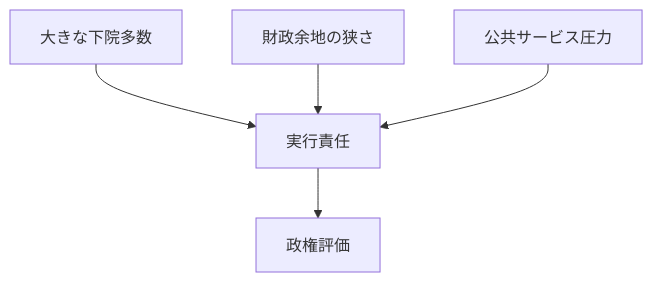
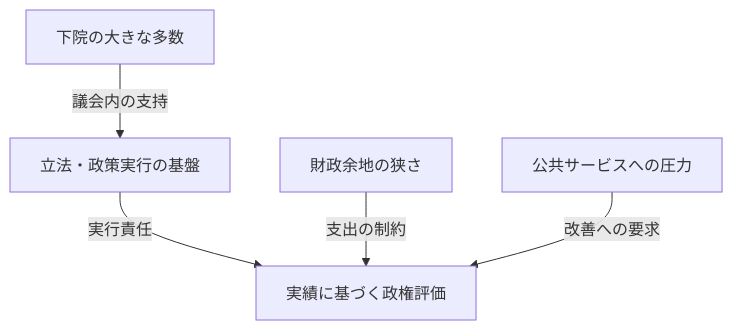
Before and after one commit to daylight55/research: the diagram in articles/report/uk-politics-current-issues/ja/index.mdx, drawn with Mermaid. The commit also changed 181 other files, not shown here.

First line of the commit message:
全記事の図解368点を再生成し、共通注意書きを削除 (#402)

````diff
--- a/articles/report/uk-politics-current-issues/ja/index.mdx
+++ b/articles/report/uk-politics-current-issues/ja/index.mdx
@@ -28,7 +28,14 @@
 ```mermaid
 flowchart TD
-  A["大きな下院多数"] --> D["実行責任"]
-  B["財政余地の狭さ"] --> D
-  C["公共サービス圧力"] --> D
-  D --> E["政権評価"]
+  accTitle: 英国政権の議席基盤と政策実行の制約
+  accDescr: 下院多数は立法を支えるが、財政余地と公共サービスへの需要が実行を制約する。
+  N0["下院の大きな多数"]
+  N1["立法・政策実行の基盤"]
+  N2["財政余地の狭さ"]
+  N3["公共サービスへの圧力"]
+  N4["実績に基づく政権評価"]
+  N0 -->|議会内の支持| N1
+  N1 -->|実行責任| N4
+  N2 -->|支出の制約| N4
+  N3 -->|改善への要求| N4
 ```
````
